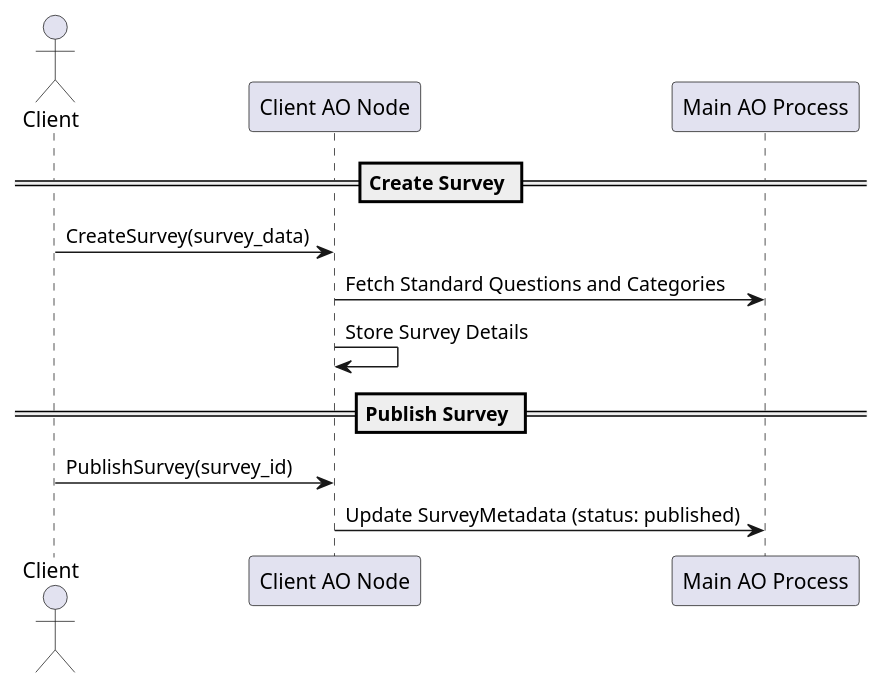
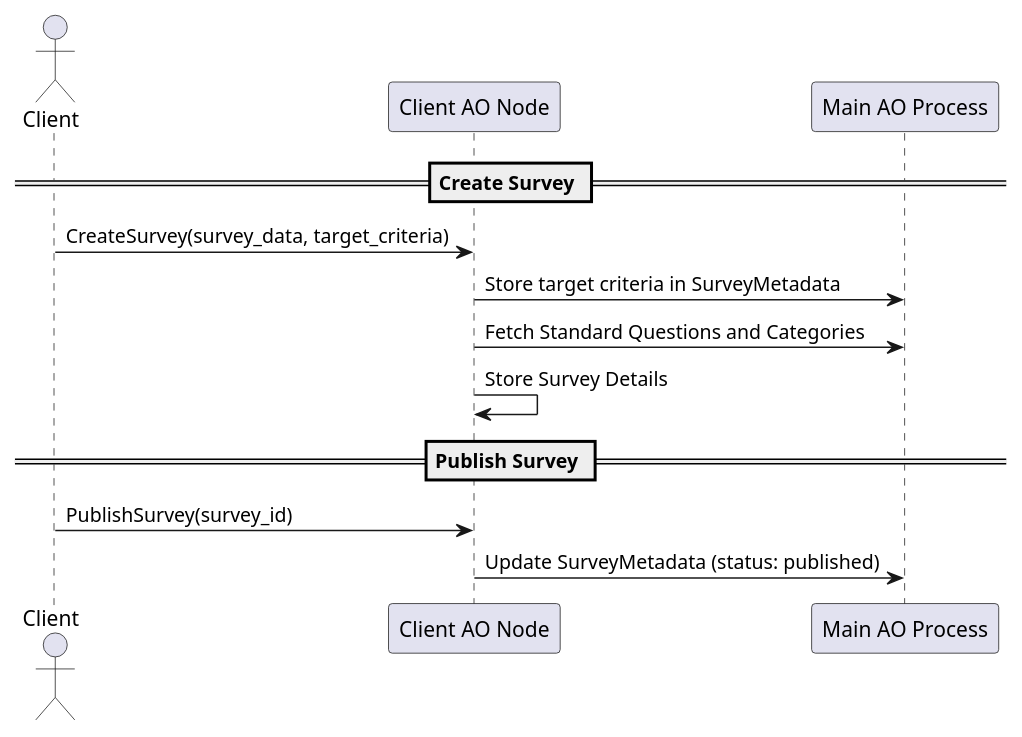
One commit to EntityOfCensus/eoc-survey-sync changed the second of 4 diagrams in README.md. Above: the diagram before and after it, drawn with PlantUML. The commit also changed other lines of this file and 2 other files, not shown here.

Commit message:
Advanced Target Group Logic

````diff
--- a/README.md
+++ b/README.md
@@ -132,16 +160,17 @@
 ```plantuml
 @startuml
 actor Client
 participant "Client AO Node" as ClientNode
 participant "Main AO Process" as Main
 
 == Create Survey ==
-Client -> ClientNode : CreateSurvey(survey_data)
+Client -> ClientNode : CreateSurvey(survey_data, target_criteria)
+ClientNode -> Main : Store target criteria in SurveyMetadata
 ClientNode -> Main : Fetch Standard Questions and Categories
 ClientNode -> ClientNode : Store Survey Details
 
 == Publish Survey ==
 Client -> ClientNode : PublishSurvey(survey_id)
 ClientNode -> Main : Update SurveyMetadata (status: published)
 @enduml
 ```
````
